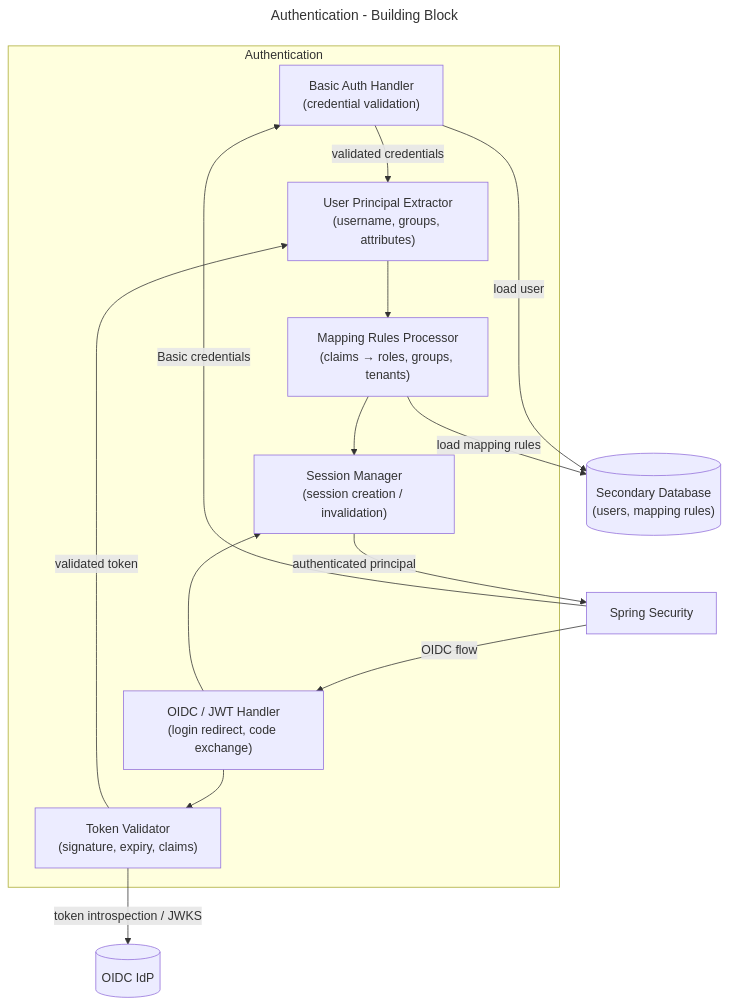
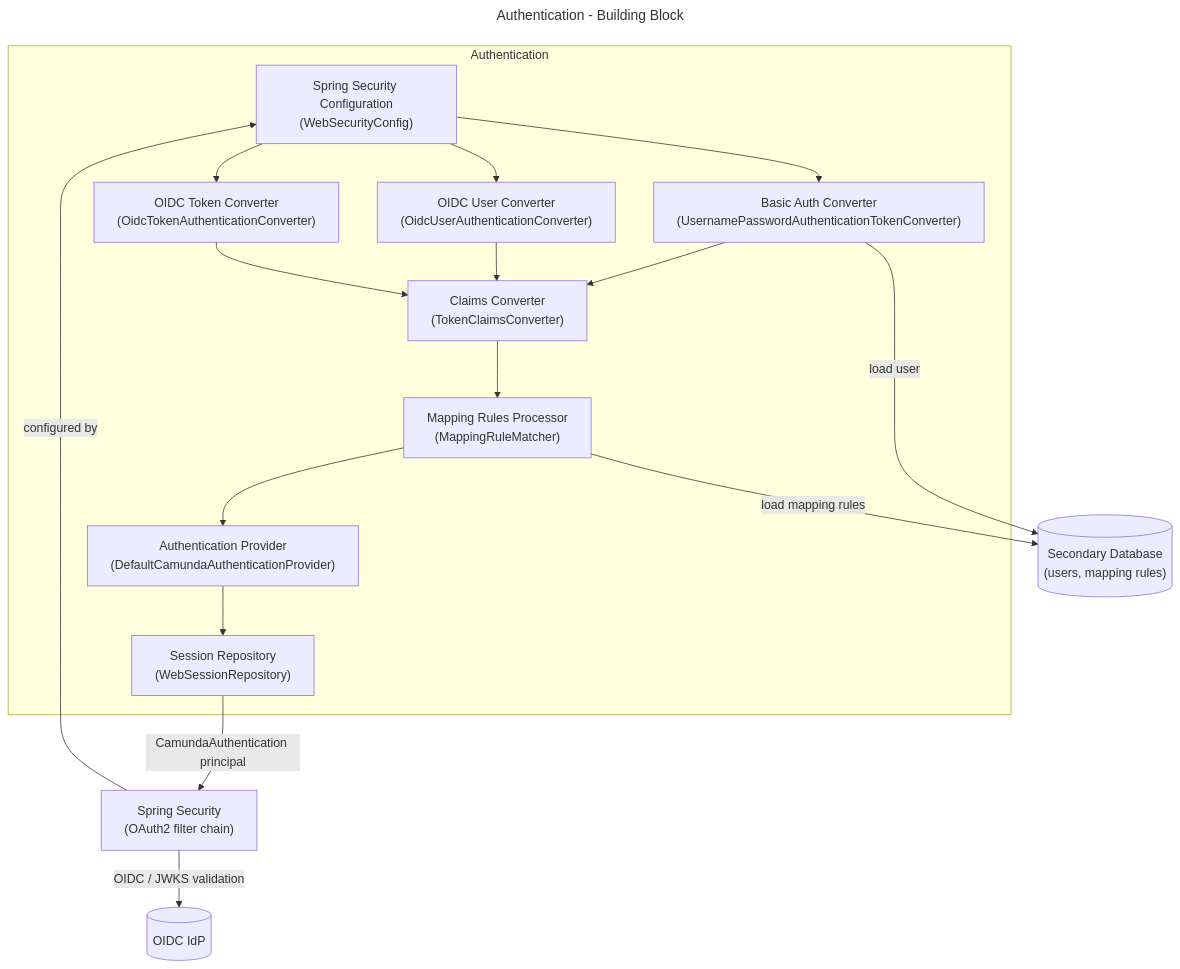
The fifth of 13 diagrams in docs/identity/architecture-documentation.md (camunda/camunda), drawn with Mermaid before and after one commit. The commit also changed other lines of this file, not shown here.

Commit message:
docs: fix login/logout sequence diagrams and add class references to architecture diagrams

````diff
--- a/docs/identity/architecture-documentation.md
+++ b/docs/identity/architecture-documentation.md
@@ -306,31 +319,36 @@
 ```mermaid
 ---
 title: Authentication - Building Block
 ---
 flowchart TB
   subgraph AUTHENTICATION["Authentication"]
-    BASIC_AUTH["Basic Auth Handler\n(credential validation)"]
-    OIDC_AUTH["OIDC / JWT Handler\n(login redirect, code exchange)"]
-    TOKEN_VALIDATOR["Token Validator\n(signature, expiry, claims)"]
-    USER_PRINCIPAL["User Principal Extractor\n(username, groups, attributes)"]
-    SESSION_MGR["Session Manager\n(session creation / invalidation)"]
-    MAPPING_RULES_PROC["Mapping Rules Processor\n(claims → roles, groups, tenants)"]
+    WEB_SEC_CFG["Spring Security Configuration\n(WebSecurityConfig)"]
+    BASIC_CONV["Basic Auth Converter\n(UsernamePasswordAuthenticationTokenConverter)"]
+    OIDC_USER_CONV["OIDC User Converter\n(OidcUserAuthenticationConverter)"]
+    OIDC_TOKEN_CONV["OIDC Token Converter\n(OidcTokenAuthenticationConverter)"]
+    CLAIMS_CONV["Claims Converter\n(TokenClaimsConverter)"]
+    MAPPING_RULES_PROC["Mapping Rules Processor\n(MappingRuleMatcher)"]
+    AUTH_PROVIDER["Authentication Provider\n(DefaultCamundaAuthenticationProvider)"]
+    SESSION_MGR["Session Repository\n(WebSessionRepository)"]
 
-    BASIC_AUTH -->|"validated credentials"| USER_PRINCIPAL
-    OIDC_AUTH --> TOKEN_VALIDATOR -->|"validated token"| USER_PRINCIPAL
-    USER_PRINCIPAL --> MAPPING_RULES_PROC
-    OIDC_AUTH --> SESSION_MGR
-    MAPPING_RULES_PROC --> SESSION_MGR
+    WEB_SEC_CFG --> BASIC_CONV
+    WEB_SEC_CFG --> OIDC_USER_CONV
+    WEB_SEC_CFG --> OIDC_TOKEN_CONV
+    BASIC_CONV --> CLAIMS_CONV
+    OIDC_USER_CONV --> CLAIMS_CONV
+    OIDC_TOKEN_CONV --> CLAIMS_CONV
+    CLAIMS_CONV --> MAPPING_RULES_PROC
+    MAPPING_RULES_PROC --> AUTH_PROVIDER
+    AUTH_PROVIDER --> SESSION_MGR
   end
 
   IDP[("OIDC IdP")]
-  SPRING_SECURITY["Spring Security"]
+  SPRING_SECURITY["Spring Security\n(OAuth2 filter chain)"]
   SECONDARY_DB[("Secondary Database\n(users, mapping rules)")]
 
-  SPRING_SECURITY -->|"Basic credentials"| BASIC_AUTH
-  SPRING_SECURITY -->|"OIDC flow"| OIDC_AUTH
-  TOKEN_VALIDATOR -->|"token introspection / JWKS"| IDP
-  BASIC_AUTH -->|"load user"| SECONDARY_DB
+  SPRING_SECURITY -->|"configured by"| WEB_SEC_CFG
+  SPRING_SECURITY -->|"OIDC / JWKS validation"| IDP
+  BASIC_CONV -->|"load user"| SECONDARY_DB
   MAPPING_RULES_PROC -->|"load mapping rules"| SECONDARY_DB
-  SESSION_MGR -->|"authenticated principal"| SPRING_SECURITY
+  SESSION_MGR -->|"CamundaAuthentication principal"| SPRING_SECURITY
 ```
````
